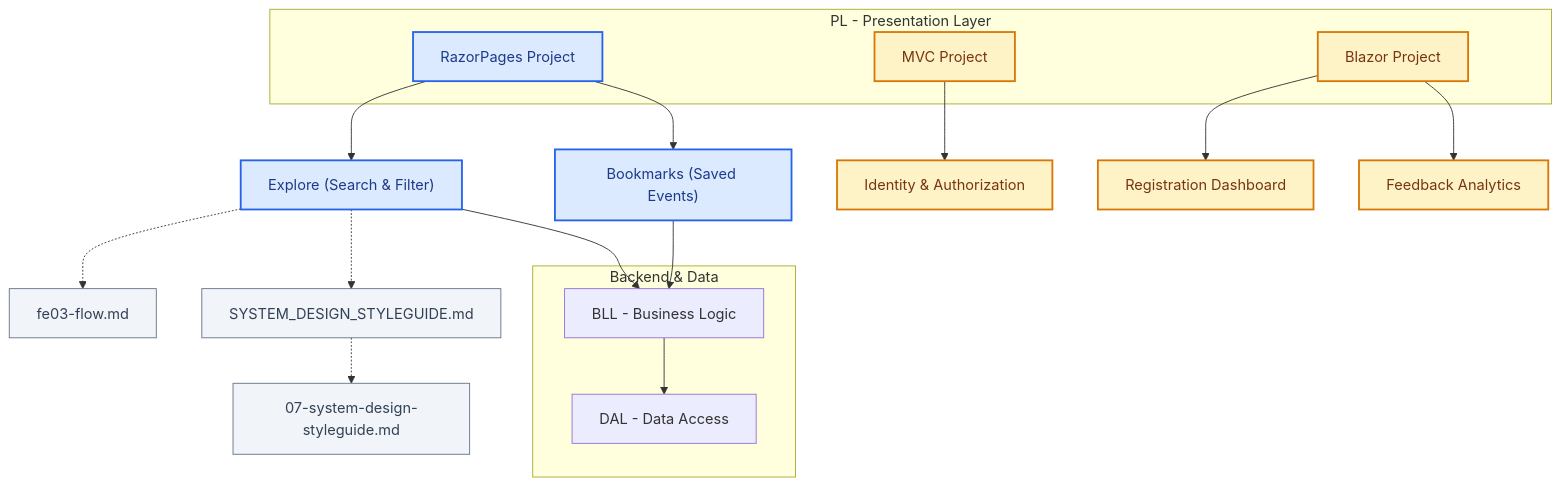
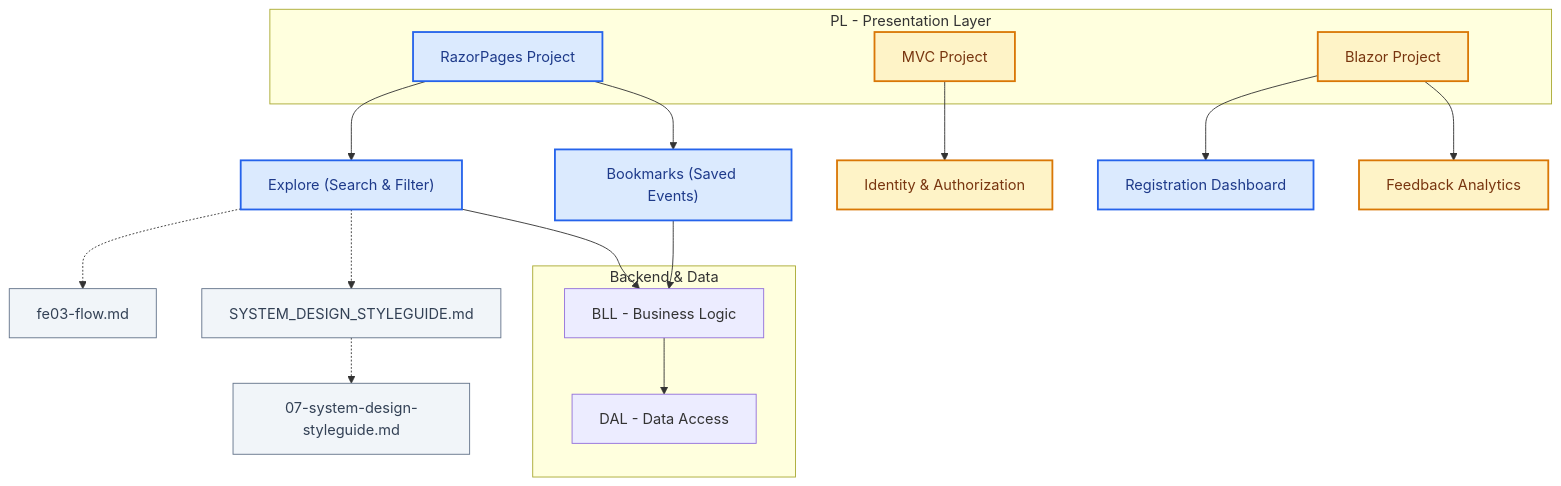
The diagram in .agents/docs/memory-snapshots.md (MinhTCCE190895/EventHub), drawn with Mermaid before and after one commit. The commit also changed other lines of this file and 3 other files, not shown here.

````diff
--- a/.agents/docs/memory-snapshots.md
+++ b/.agents/docs/memory-snapshots.md
@@ -5,51 +5,51 @@
 ```mermaid
 graph TD
     %% Define Styles
     classDef completed fill:#dbeafe,stroke:#2563eb,stroke-width:2px,color:#1e3a8a;
     classDef pending fill:#fef3c7,stroke:#d97706,stroke-width:2px,color:#78350f;
     classDef doc fill:#f1f5f9,stroke:#64748b,stroke-width:1px,color:#334155;
 
     %% Project Layers
     subgraph PL [PL - Presentation Layer]
         RP[RazorPages Project]
         MVC[MVC Project]
         BZ[Blazor Project]
     end
 
     subgraph Backend [Backend & Data]
         BLL[BLL - Business Logic]
         DAL[DAL - Data Access]
     end
 
     %% Modules and Status
     RP_Explore["Explore (Search & Filter)"]:::completed
     RP_Bookmark["Bookmarks (Saved Events)"]:::completed
     MVC_Auth["Identity & Authorization"]:::pending
-    BZ_Dash["Registration Dashboard"]:::pending
+    BZ_Dash["Registration Dashboard"]:::completed
     BZ_Feed["Feedback Analytics"]:::pending
 
     %% Document Connections
     SDG["SYSTEM_DESIGN_STYLEGUIDE.md"]:::doc
     RULES["07-system-design-styleguide.md"]:::doc
     FLOW["fe03-flow.md"]:::doc
 
     %% Relationships
     RP --> RP_Explore
     RP --> RP_Bookmark
     MVC --> MVC_Auth
     BZ --> BZ_Dash
     BZ --> BZ_Feed
 
     RP_Explore -.-> FLOW
     RP_Explore -.-> SDG
     SDG -.-> RULES
 
     RP_Explore --> BLL
     RP_Bookmark --> BLL
     BLL --> DAL
 
     %% Apply Classes to main projects
     RP:::completed
     MVC:::pending
     BZ:::pending
 ```
````
